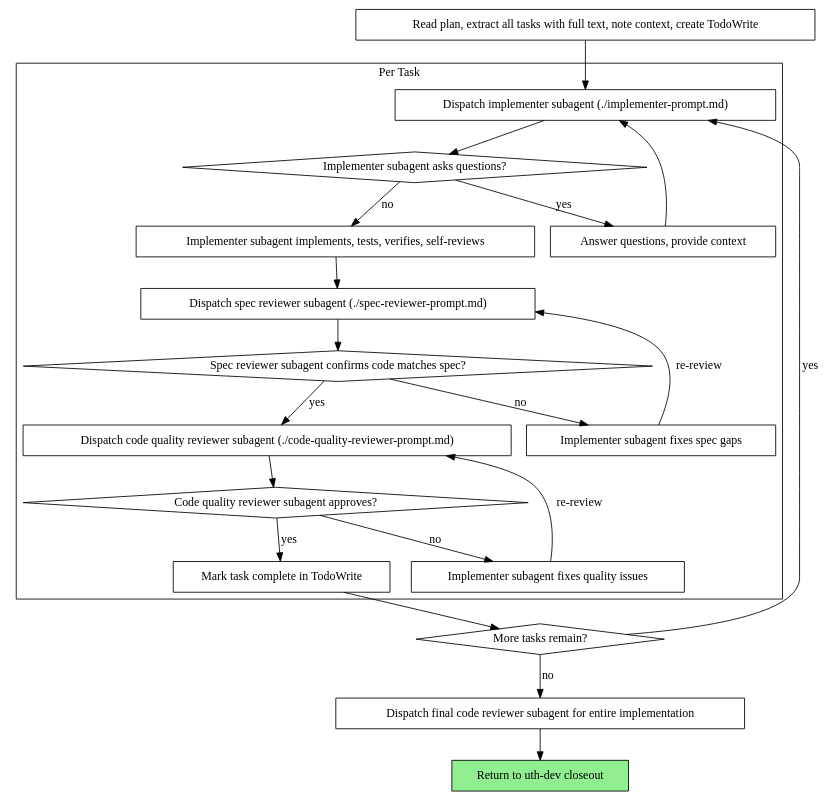
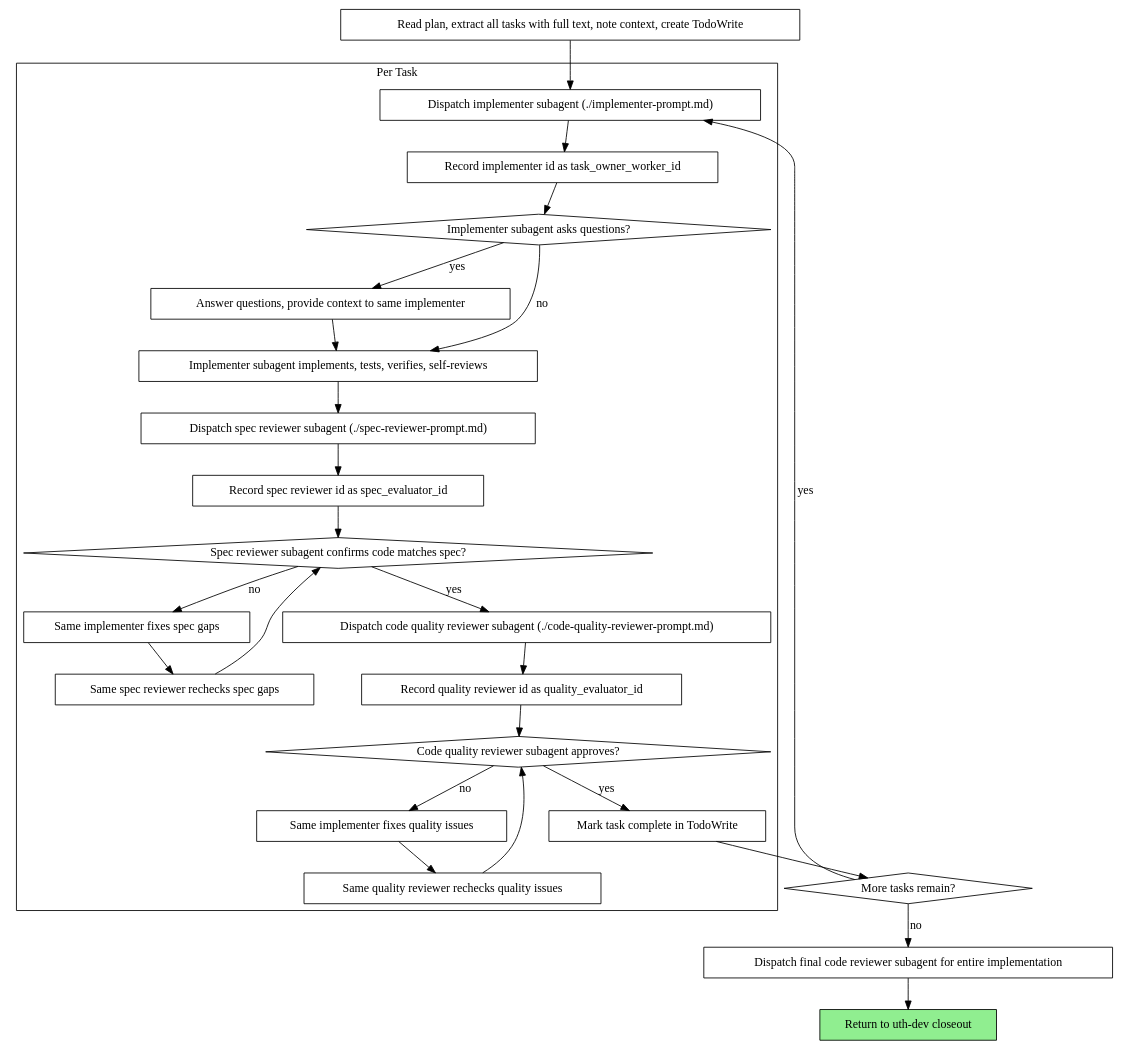
Before and after one commit to undertaker33/uth-governance: the second of 2 diagrams in skills/uth-sp-subagent-driven-development/SKILL.md, drawn with Graphviz. The commit also changed other lines of this file and 18 other files, not shown here.

````diff
--- a/skills/uth-sp-subagent-driven-development/SKILL.md
+++ b/skills/uth-sp-subagent-driven-development/SKILL.md
@@ -53,44 +68,54 @@
 ```dot
 digraph process {
     rankdir=TB;
 
     subgraph cluster_per_task {
         label="Per Task";
         "Dispatch implementer subagent (./implementer-prompt.md)" [shape=box];
+        "Record implementer id as task_owner_worker_id" [shape=box];
         "Implementer subagent asks questions?" [shape=diamond];
-        "Answer questions, provide context" [shape=box];
+        "Answer questions, provide context to same implementer" [shape=box];
         "Implementer subagent implements, tests, verifies, self-reviews" [shape=box];
         "Dispatch spec reviewer subagent (./spec-reviewer-prompt.md)" [shape=box];
+        "Record spec reviewer id as spec_evaluator_id" [shape=box];
         "Spec reviewer subagent confirms code matches spec?" [shape=diamond];
-        "Implementer subagent fixes spec gaps" [shape=box];
+        "Same implementer fixes spec gaps" [shape=box];
+        "Same spec reviewer rechecks spec gaps" [shape=box];
         "Dispatch code quality reviewer subagent (./code-quality-reviewer-prompt.md)" [shape=box];
+        "Record quality reviewer id as quality_evaluator_id" [shape=box];
         "Code quality reviewer subagent approves?" [shape=diamond];
-        "Implementer subagent fixes quality issues" [shape=box];
+        "Same implementer fixes quality issues" [shape=box];
+        "Same quality reviewer rechecks quality issues" [shape=box];
         "Mark task complete in TodoWrite" [shape=box];
     }
 
     "Read plan, extract all tasks with full text, note context, create TodoWrite" [shape=box];
     "More tasks remain?" [shape=diamond];
     "Dispatch final code reviewer subagent for entire implementation" [shape=box];
     "Return to uth-dev closeout" [shape=box style=filled fillcolor=lightgreen];
 
     "Read plan, extract all tasks with full text, note context, create TodoWrite" -> "Dispatch implementer subagent (./implementer-prompt.md)";
-    "Dispatch implementer subagent (./implementer-prompt.md)" -> "Implementer subagent asks questions?";
-    "Implementer subagent asks questions?" -> "Answer questions, provide context" [label="yes"];
-    "Answer questions, provide context" -> "Dispatch implementer subagent (./implementer-prompt.md)";
+    "Dispatch implementer subagent (./implementer-prompt.md)" -> "Record implementer id as task_owner_worker_id";
+    "Record implementer id as task_owner_worker_id" -> "Implementer subagent asks questions?";
+    "Implementer subagent asks questions?" -> "Answer questions, provide context to same implementer" [label="yes"];
+    "Answer questions, provide context to same implementer" -> "Implementer subagent implements, tests, verifies, self-reviews";
     "Implementer subagent asks questions?" -> "Implementer subagent implements, tests, verifies, self-reviews" [label="no"];
     "Implementer subagent implements, tests, verifies, self-reviews" -> "Dispatch spec reviewer subagent (./spec-reviewer-prompt.md)";
-    "Dispatch spec reviewer subagent (./spec-reviewer-prompt.md)" -> "Spec reviewer subagent confirms code matches spec?";
-    "Spec reviewer subagent confirms code matches spec?" -> "Implementer subagent fixes spec gaps" [label="no"];
-    "Implementer subagent fixes spec gaps" -> "Dispatch spec reviewer subagent (./spec-reviewer-prompt.md)" [label="re-review"];
+    "Dispatch spec reviewer subagent (./spec-reviewer-prompt.md)" -> "Record spec reviewer id as spec_evaluator_id";
+    "Record spec reviewer id as spec_evaluator_id" -> "Spec reviewer subagent confirms code matches spec?";
+    "Spec reviewer subagent confirms code matches spec?" -> "Same implementer fixes spec gaps" [label="no"];
+    "Same implementer fixes spec gaps" -> "Same spec reviewer rechecks spec gaps";
+    "Same spec reviewer rechecks spec gaps" -> "Spec reviewer subagent confirms code matches spec?";
     "Spec reviewer subagent confirms code matches spec?" -> "Dispatch code quality reviewer subagent (./code-quality-reviewer-prompt.md)" [label="yes"];
-    "Dispatch code quality reviewer subagent (./code-quality-reviewer-prompt.md)" -> "Code quality reviewer subagent approves?";
-    "Code quality reviewer subagent approves?" -> "Implementer subagent fixes quality issues" [label="no"];
-    "Implementer subagent fixes quality issues" -> "Dispatch code quality reviewer subagent (./code-quality-reviewer-prompt.md)" [label="re-review"];
+    "Dispatch code quality reviewer subagent (./code-quality-reviewer-prompt.md)" -> "Record quality reviewer id as quality_evaluator_id";
+    "Record quality reviewer id as quality_evaluator_id" -> "Code quality reviewer subagent approves?";
+    "Code quality reviewer subagent approves?" -> "Same implementer fixes quality issues" [label="no"];
+    "Same implementer fixes quality issues" -> "Same quality reviewer rechecks quality issues";
+    "Same quality reviewer rechecks quality issues" -> "Code quality reviewer subagent approves?";
     "Code quality reviewer subagent approves?" -> "Mark task complete in TodoWrite" [label="yes"];
     "Mark task complete in TodoWrite" -> "More tasks remain?";
     "More tasks remain?" -> "Dispatch implementer subagent (./implementer-prompt.md)" [label="yes"];
     "More tasks remain?" -> "Dispatch final code reviewer subagent for entire implementation" [label="no"];
     "Dispatch final code reviewer subagent for entire implementation" -> "Return to uth-dev closeout";
 }
 ```
````
